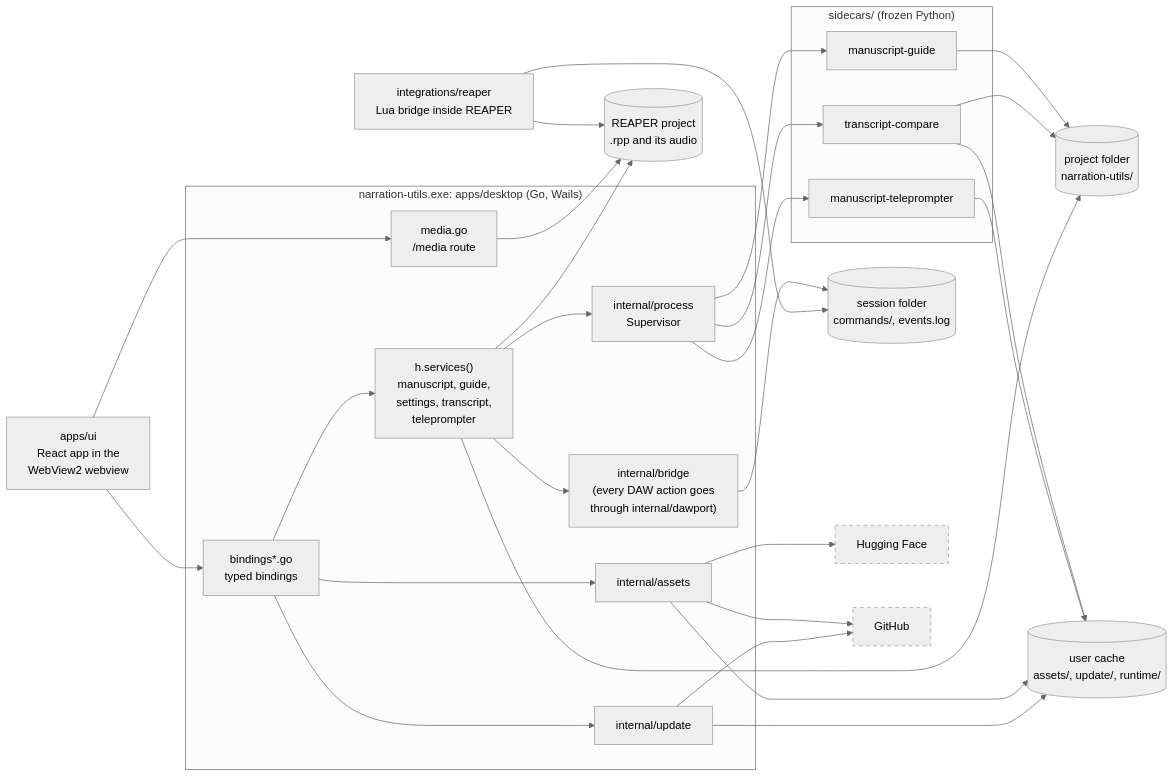
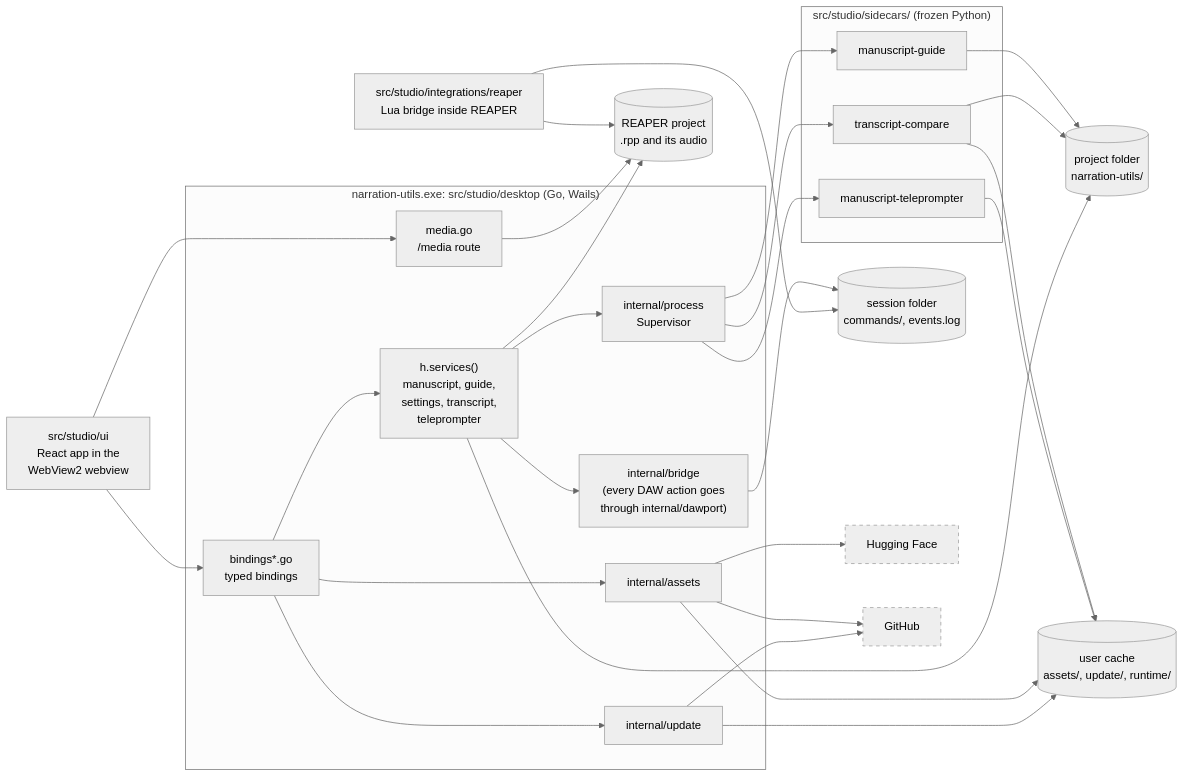
Before and after one commit to countrymanprime/narration-studio: the diagram in docs/architecture/codebase-map.md, drawn with Mermaid (neutral theme). The commit also changed other lines of this file and 905 other files, not shown here.

````diff
--- a/docs/architecture/codebase-map.md
+++ b/docs/architecture/codebase-map.md
@@ -90,52 +94,52 @@
 ```mermaid
 flowchart LR
-  ui["apps/ui<br/>React app in the<br/>WebView2 webview"]
-  subgraph host["narration-utils.exe: apps/desktop (Go, Wails)"]
+  ui["src/studio/ui<br/>React app in the<br/>WebView2 webview"]
+  subgraph host["narration-utils.exe: src/studio/desktop (Go, Wails)"]
     bindings["bindings*.go<br/>typed bindings"]
     services["h.services()<br/>manuscript, guide,<br/>settings, transcript,<br/>teleprompter"]
     assets["internal/assets"]
     update["internal/update"]
     supervisor["internal/process<br/>Supervisor"]
     bridgeclient["internal/bridge<br/>(every DAW action goes<br/>through internal/dawport)"]
     media["media.go<br/>/media route"]
   end
-  subgraph sidecars["sidecars/ (frozen Python)"]
+  subgraph sidecars["src/studio/sidecars/ (frozen Python)"]
     guide["manuscript-guide"]
     compare["transcript-compare"]
     teleprompter["manuscript-teleprompter"]
   end
-  lua["integrations/reaper<br/>Lua bridge inside REAPER"]
+  lua["src/studio/integrations/reaper<br/>Lua bridge inside REAPER"]
   rpp[("REAPER project<br/>.rpp and its audio")]
   project[("project folder<br/>narration-utils/")]
   cache[("user cache<br/>assets/, update/, runtime/")]
   session[("session folder<br/>commands/, events.log")]
   huggingface["Hugging Face"]
   github["GitHub"]
   ui --> bindings
   ui --> media
   bindings --> services
   bindings --> assets
   bindings --> update
   services --> supervisor
   services --> bridgeclient
   supervisor --> guide
   supervisor --> compare
   supervisor --> teleprompter
   guide --> project
   compare --> project
   compare --> cache
   teleprompter --> cache
   bridgeclient --> session
   lua --> session
   media --> rpp
   lua --> rpp
   services --> rpp
   assets --> cache
   assets --> huggingface
   assets --> github
   update --> github
   update --> cache
   services --> project
   classDef offmachine stroke-dasharray: 5 5
   class huggingface,github offmachine
 ```
````
